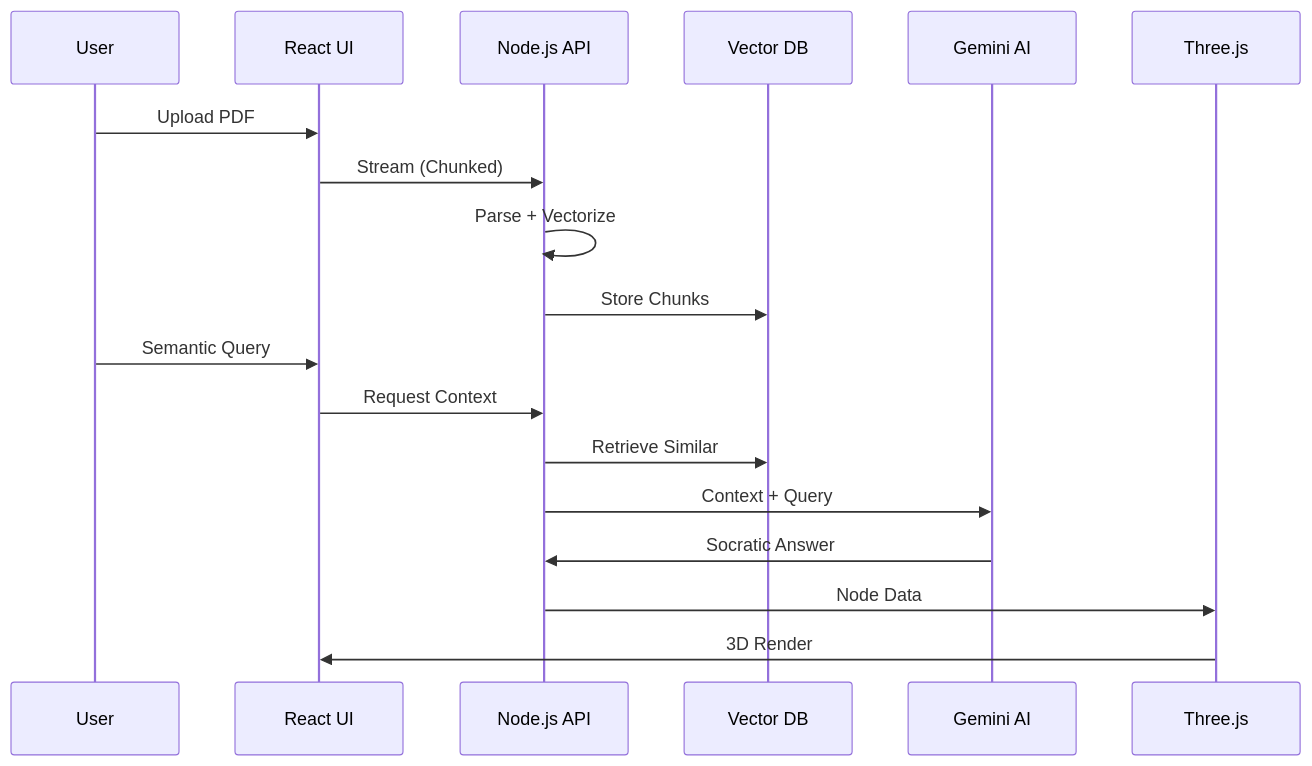
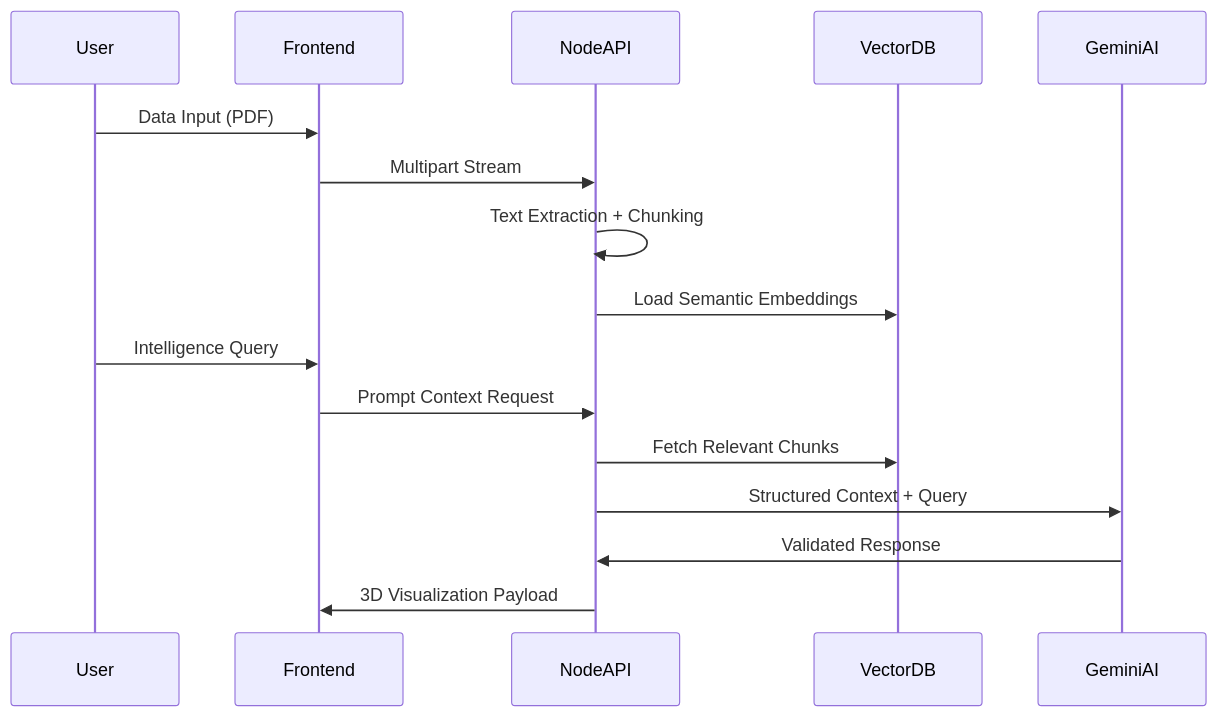
Before and after one commit to hareeshkar/hareeshkar: the first of 3 diagrams in README.md, drawn with Mermaid. The commit also changed other lines of this file, not shown here.

````diff
--- a/README.md
+++ b/README.md
@@ -178,21 +171,19 @@
 ```mermaid
 sequenceDiagram
-    participant U as User
-    participant F as React UI
-    participant N as Node.js API
-    participant V as Vector DB
-    participant G as Gemini AI
-    participant T as Three.js
-
-    U->>F: Upload PDF
-    F->>N: Stream (Chunked)
-    N->>N: Parse + Vectorize
-    N->>V: Store Chunks
-    U->>F: Semantic Query
-    F->>N: Request Context
-    N->>V: Retrieve Similar
-    N->>G: Context + Query
-    G->>N: Socratic Answer
-    N->>T: Node Data
-    T->>F: 3D Render
+    participant User
+    participant Frontend
+    participant NodeAPI
+    participant VectorDB
+    participant GeminiAI
+    
+    User->>Frontend: Data Input (PDF)
+    Frontend->>NodeAPI: Multipart Stream
+    NodeAPI->>NodeAPI: Text Extraction + Chunking
+    NodeAPI->>VectorDB: Load Semantic Embeddings
+    User->>Frontend: Intelligence Query
+    Frontend->>NodeAPI: Prompt Context Request
+    NodeAPI->>VectorDB: Fetch Relevant Chunks
+    NodeAPI->>GeminiAI: Structured Context + Query
+    GeminiAI->>NodeAPI: Validated Response
+    NodeAPI->>Frontend: 3D Visualization Payload
 ```
````
